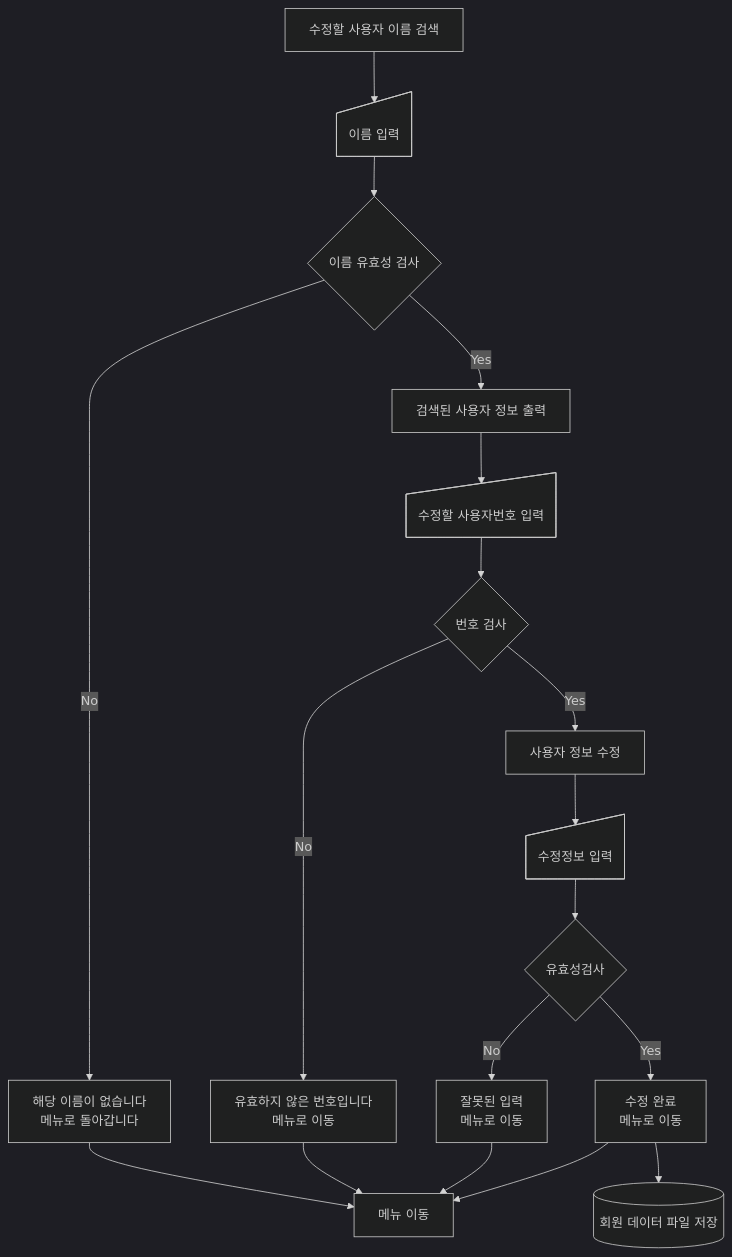
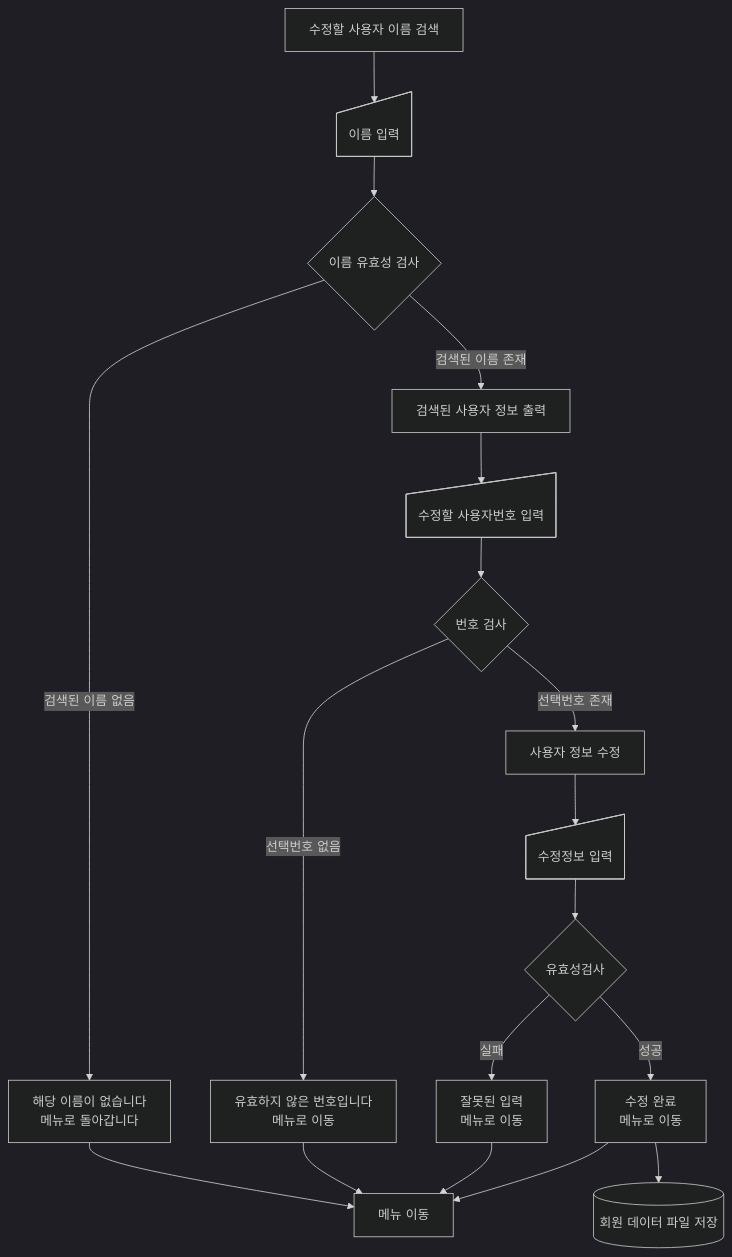
One commit to Happy-o3ov/big20-python-project1-team3 changed the diagram in docs/flowchart_IMH/update.md. Above: the diagram before and after it, drawn with Mermaid (dark theme). The commit also changed 16 other files, not shown here.

Commit message:
Add flowchart and remove other users' data

````diff
--- a/docs/flowchart_IMH/update.md
+++ b/docs/flowchart_IMH/update.md
@@ -3,47 +3,41 @@
 ```mermaid
 flowchart TD
 
     %%사용자 검색
     search_update_message[수정할 사용자 이름 검색]
     search_name@{ shape: manual-input, label: "이름 입력"}
     check_search_name{이름 유효성 검사}
-    failed_search[해당 이름이 없습니다<br>메뉴로 돌아갑니다]
-    success_search[검색된 사용자 정보 출력]
+    search_fail[해당 이름이 없습니다<br>메뉴로 돌아갑니다]
+    search_success[검색된 사용자 정보 출력]
 
     %%사용자 선택
     select@{ shape: manual-input, label: "수정할 사용자번호 입력"}
     check_select{번호 검사}
-    failed_select[유효하지 않은 번호입니다<br>메뉴로 이동]
+    select_fail[유효하지 않은 번호입니다<br>메뉴로 이동]
 
     %%사용자 정보 수정
     update_message[사용자 정보 수정]
     update_input@{ shape: manual-input, label: "수정정보 입력"}
     check_update_input{유효성검사}
     save_file[(회원 데이터 파일 저장)]
-    failed_update[잘못된 입력<br>메뉴로 이동]
-    success_update[수정 완료<br>메뉴로 이동]
+    update_fail[잘못된 입력<br>메뉴로 이동]
+    update_success[수정 완료<br>메뉴로 이동]
     return_menu[메뉴 이동]
 
 
     search_update_message --> search_name
     search_name --> check_search_name
-    check_search_name --> |No| failed_search --> return_menu
-    check_search_name --> |Yes| success_search
+    check_search_name --> |검색된 이름 없음| search_fail --> return_menu
+    check_search_name --> |검색된 이름 존재| search_success
 
-    success_search --> select
+    search_success --> select
     select --> check_select
-    check_select --> |No| failed_select --> return_menu
-    check_select --> |Yes| update_message
+    check_select --> |선택번호 없음| select_fail --> return_menu
+    check_select --> |선택번호 존재| update_message
     update_message --> update_input
     update_input --> check_update_input
-    check_update_input --> |No| failed_update --> return_menu
-    check_update_input --> |Yes| success_update --> return_menu
-    success_update --> save_file
-    
-
-
-
-
-
+    check_update_input --> |실패| update_fail --> return_menu
+    check_update_input --> |성공| update_success --> return_menu
+    update_success --> save_file
 
 ```
````
